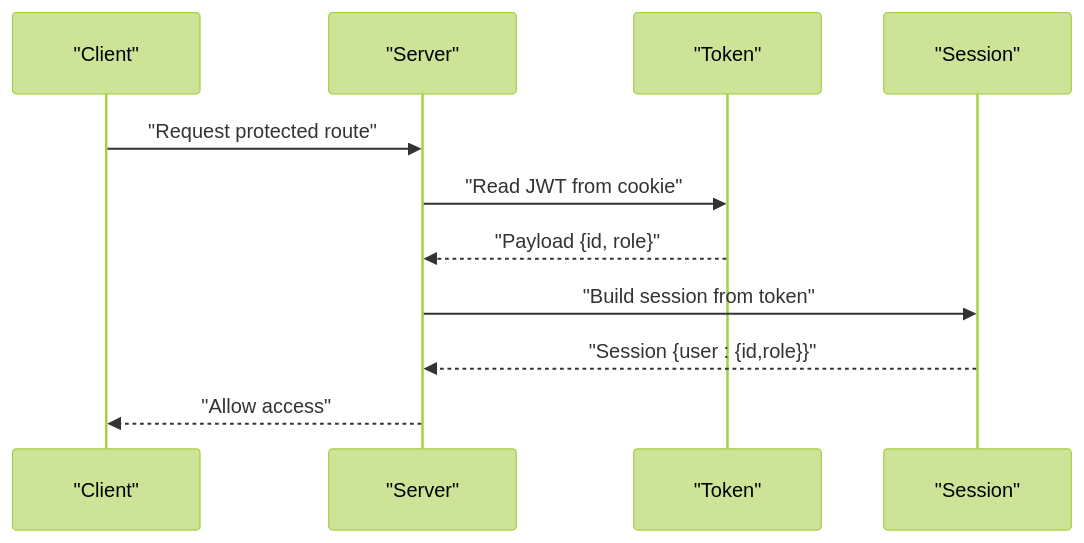
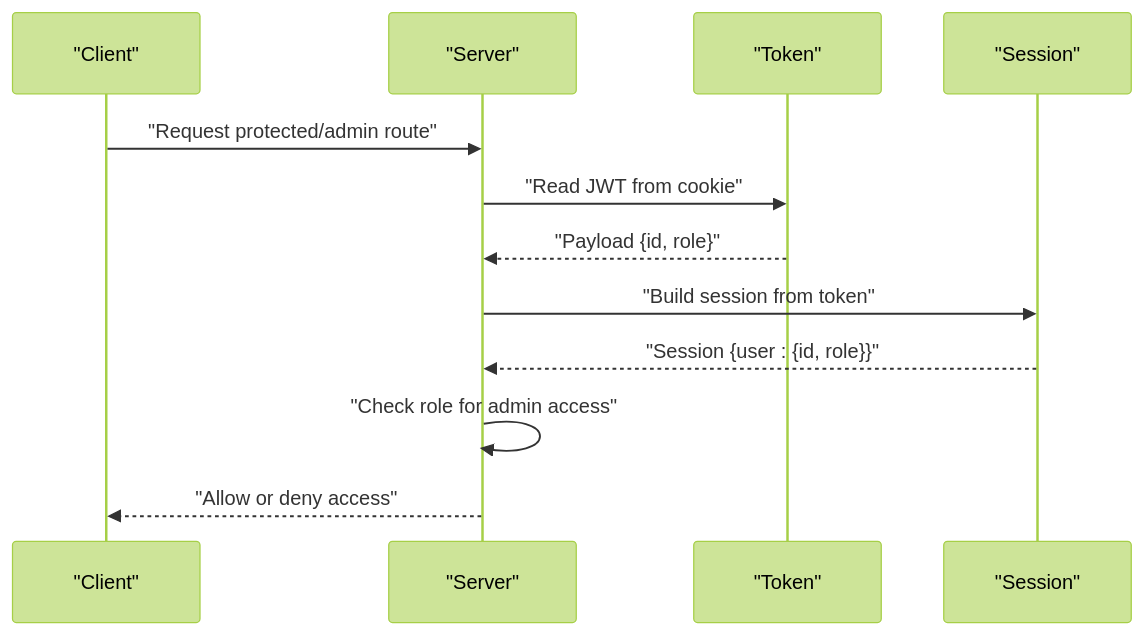
The ninth of 11 diagrams in .qoder/repowiki/en/content/Authentication & Authorization/Authentication & Authorization.md (Crowdspender/titchybooks-app), drawn with Mermaid (forest theme) before and after one commit. The commit also changed other lines of this file and 62 other files, not shown here.

````diff
--- a/.qoder/repowiki/en/content/Authentication & Authorization/Authentication & Authorization.md
+++ b/.qoder/repowiki/en/content/Authentication & Authorization/Authentication & Authorization.md
@@ -338,13 +425,14 @@
 ```mermaid
 sequenceDiagram
 participant C as "Client"
 participant S as "Server"
 participant T as "Token"
 participant SE as "Session"
-C->>S : "Request protected route"
+C->>S : "Request protected/admin route"
 S->>T : "Read JWT from cookie"
 T-->>S : "Payload {id, role}"
 S->>SE : "Build session from token"
-SE-->>S : "Session {user : {id,role}}"
-S-->>C : "Allow access"
+SE-->>S : "Session {user : {id, role}}"
+S->>S : "Check role for admin access"
+S-->>C : "Allow or deny access"
 ```
````
